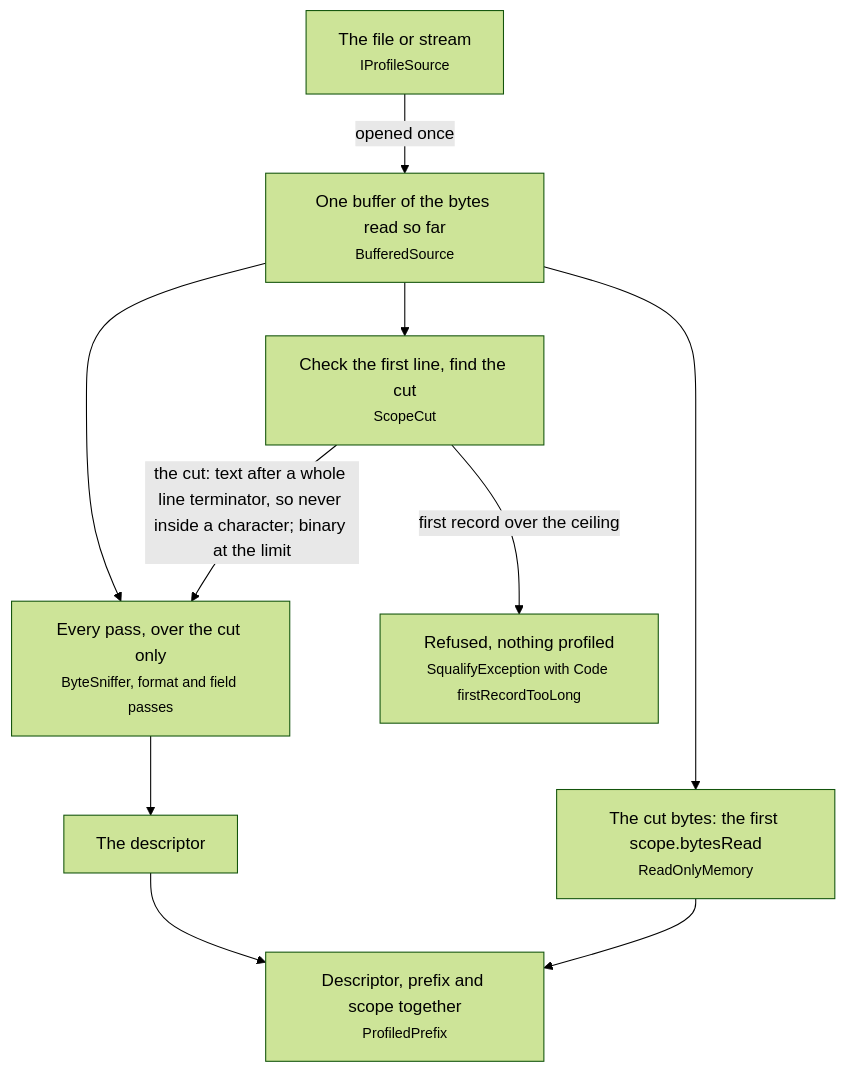
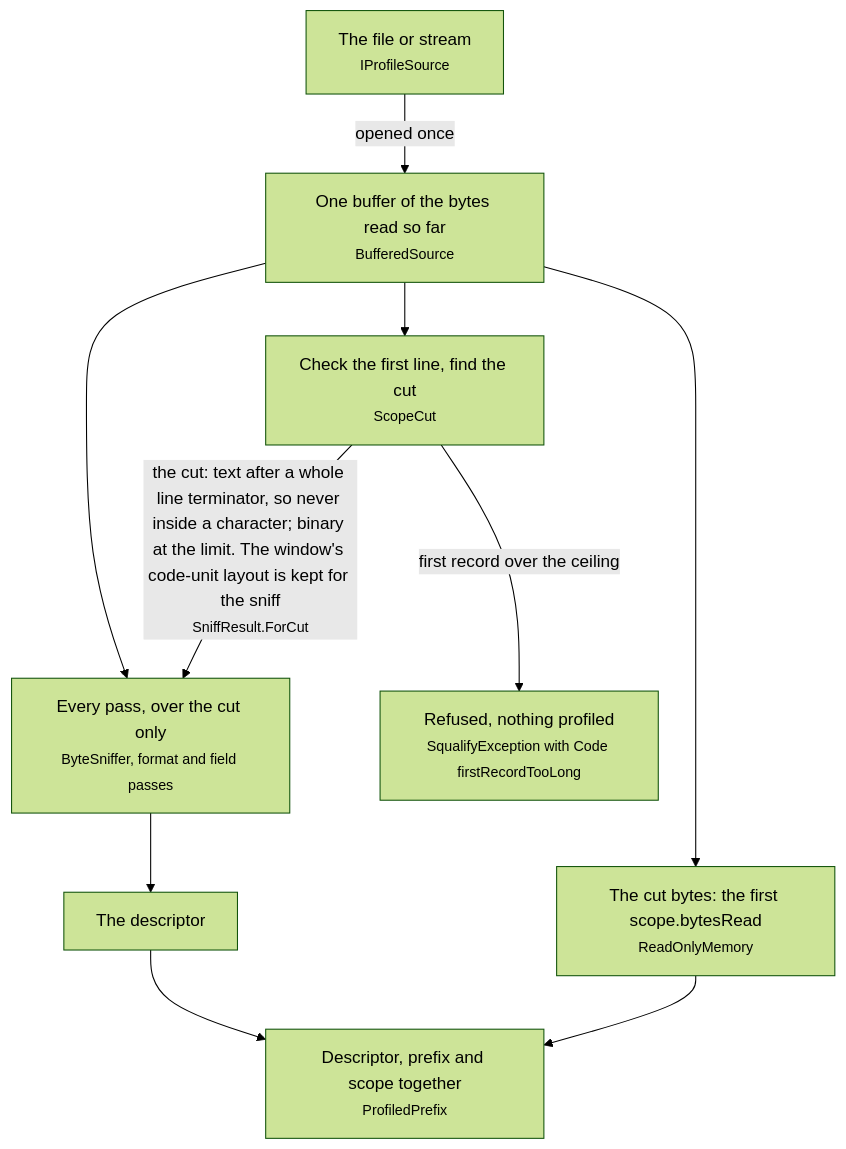
One commit to squalor-xyz/squalify changed the third of 33 diagrams in docs/how-it-works.md. Above: the diagram before and after it, drawn with Mermaid (forest theme). The commit also changed other lines of this file and 8 other files, not shown here.

Commit message:
sq-73: fix round 2 (keep window layout on overshoot)

````diff
--- a/docs/how-it-works.md
+++ b/docs/how-it-works.md
@@ -42,12 +42,12 @@
 ```mermaid
 flowchart TD
     S["The file or stream<br/><small>IProfileSource</small>"] -->|"opened once"| B["One buffer of the bytes read so far<br/><small>BufferedSource</small>"]
     B --> C["Check the first line, find the cut<br/><small>ScopeCut</small>"]
     B --> P["Every pass, over the cut only<br/><small>ByteSniffer, format and field passes</small>"]
-    C -->|"the cut: text after a whole line terminator, so never inside a character; binary at the limit"| P
+    C -->|"the cut: text after a whole line terminator, so never inside a character; binary at the limit. The window's code-unit layout is kept for the sniff<br/><small>SniffResult.ForCut</small>"| P
     C -->|"first record over the ceiling"| E["Refused, nothing profiled<br/><small>SqualifyException with Code firstRecordTooLong</small>"]
     P --> D["The descriptor"]
     B --> X["The cut bytes: the first scope.bytesRead<br/><small>ReadOnlyMemory</small>"]
     D --> R["Descriptor, prefix and scope together<br/><small>ProfiledPrefix</small>"]
     X --> R
 ```
````
